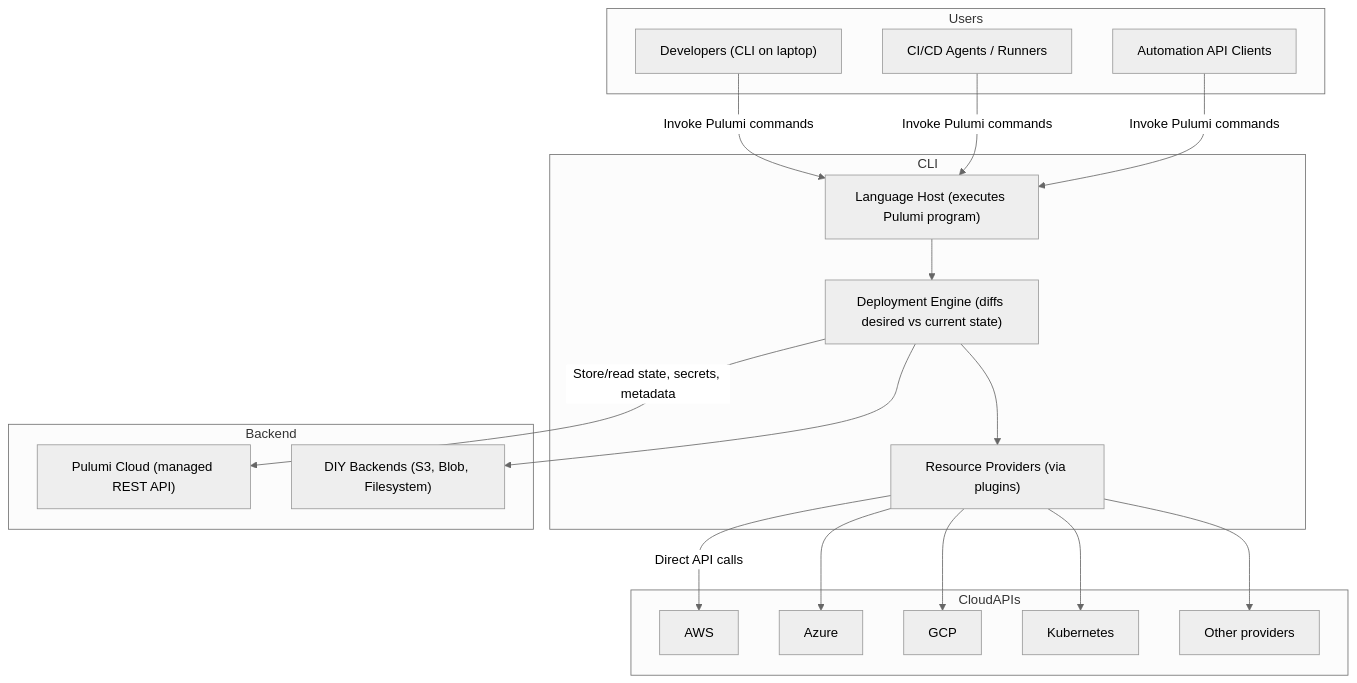
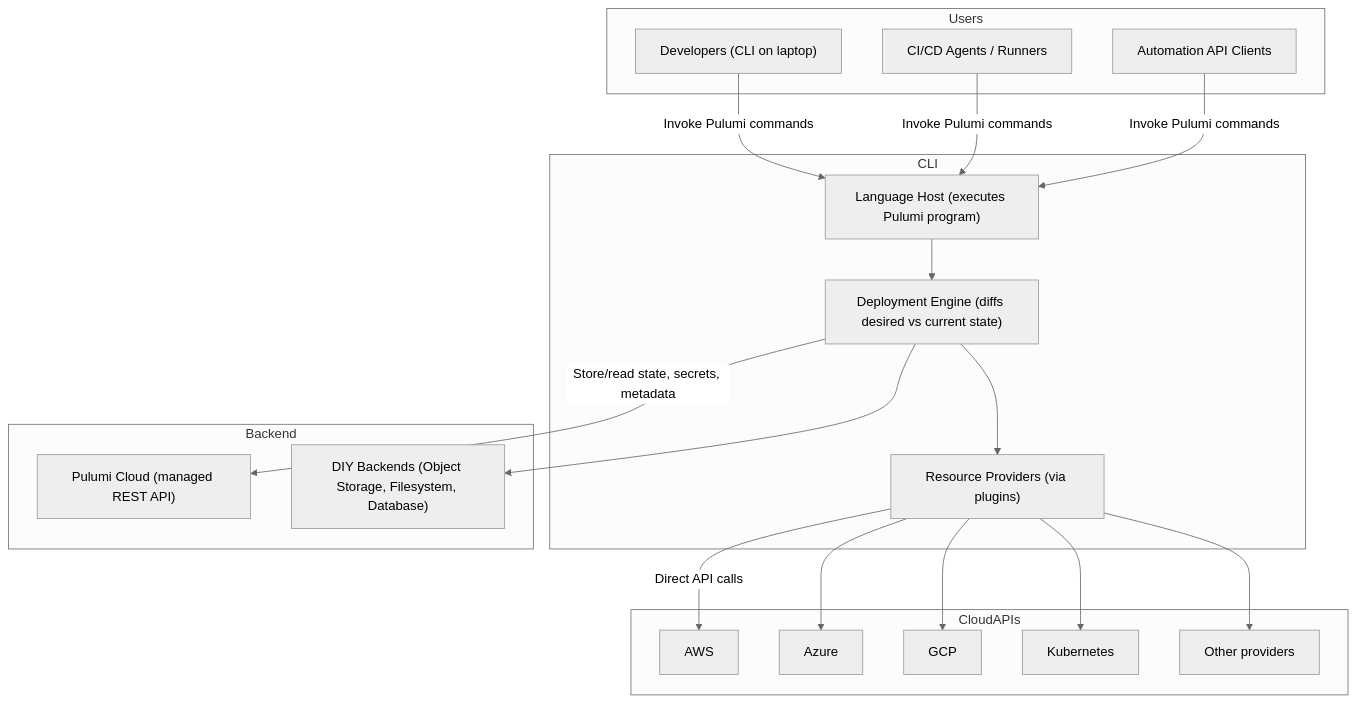
Before and after one commit to pulumi/docs: the second of 3 diagrams in content/security/pulumi-cloud-security-whitepaper.md, drawn with Mermaid. The commit also changed other lines of this file, not shown here.

````diff
--- a/content/security/pulumi-cloud-security-whitepaper.md
+++ b/content/security/pulumi-cloud-security-whitepaper.md
@@ -148,51 +159,51 @@
 ```mermaid
 ---
 config:
   theme: 'neutral'
 ---
 flowchart TD
     %% Pulumi Users / Systems
     subgraph Users
         A1[Developers #40;CLI on laptop#41;]
         A2[CI/CD Agents / Runners]
         A3[Automation API Clients]
     end
 
     %% Pulumi CLI Process
     subgraph CLI
         B1[Language Host #40;executes Pulumi program#41;]
         B2[Deployment Engine #40;diffs desired vs current state#41;]
         B3[Resource Providers #40;via plugins#41;]
     end
 
     %% Cloud Provider APIs
     subgraph CloudAPIs
         C1[AWS]
         C2[Azure]
         C3[GCP]
         C4[Kubernetes]
         C5[Other providers]
     end
 
     %% Backend (State)
     subgraph Backend
         D1[Pulumi Cloud #40;managed REST API#41;]
-        D2[DIY Backends #40;S3, Blob, Filesystem#41;]
+        D2[DIY Backends #40;Object Storage, Filesystem, Database#41;]
     end
 
     %% Connections
     A1 -->|Invoke Pulumi commands| B1
     A2 -->|Invoke Pulumi commands| B1
     A3 -->|Invoke Pulumi commands| B1
 
     B1 --> B2
     B2 --> B3
     B3 -->|Direct API calls| C1
     B3 --> C2
     B3 --> C3
     B3 --> C4
     B3 --> C5
 
     B2 -->|Store/read state, secrets, metadata| D1
     B2 --> D2
 ```
````
